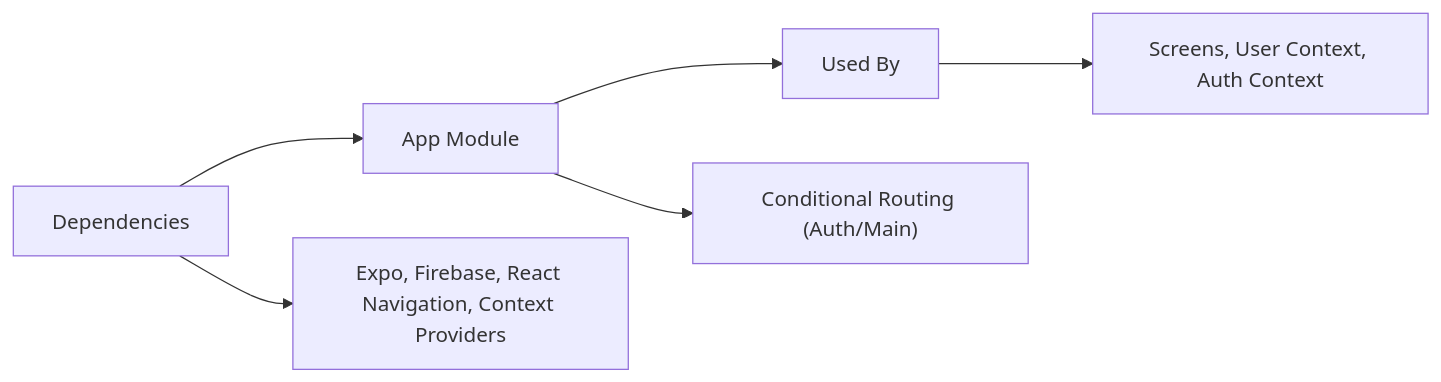
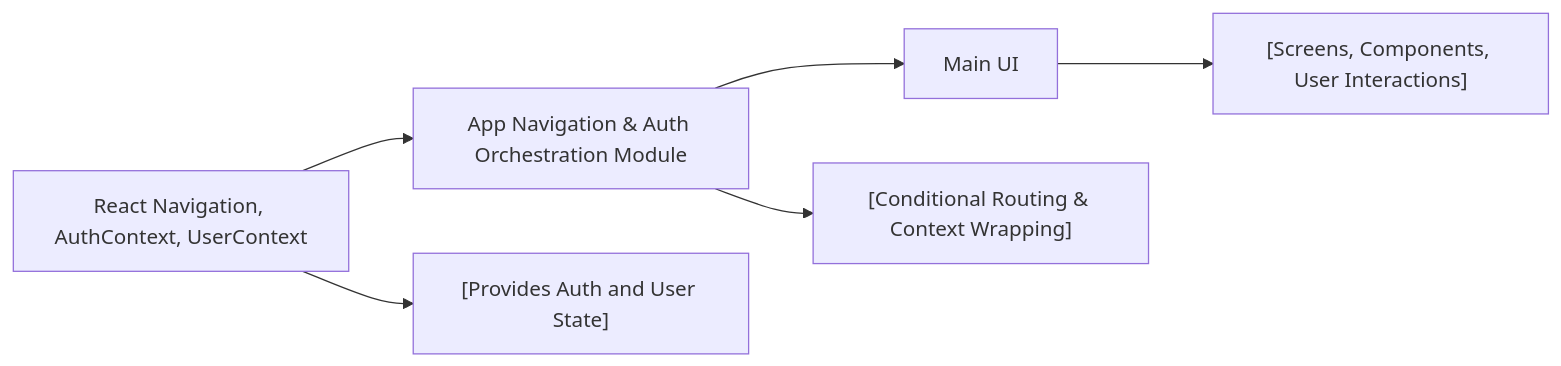
Before and after one commit to lucasboucher/Expo-Firebase-Boiler-Plate-2: the diagram in .shelfya/README.md, drawn with Mermaid. The commit also changed other lines of this file and 7 other files, not shown here.

````diff
--- a/.shelfya/README.md
+++ b/.shelfya/README.md
@@ -47,12 +61,7 @@
 ```mermaid
 flowchart LR
-  dependencies["Dependencies"]
-  thisModule["App Module"]
-  usedBy["Used By"]
-
-  dependencies --> thisModule
-  dependencies --> details["Expo, Firebase, React Navigation, Context Providers"]
-  thisModule --> process["Conditional Routing (Auth/Main)"]
-  thisModule --> usedBy
-  usedBy --> consumers["Screens, User Context, Auth Context"]
+  dependencies["React Navigation, AuthContext, UserContext"] --> thisModule["App Navigation & Auth Orchestration Module"] --> usedBy["Main UI"]
+  dependencies --> details["[Provides Auth and User State]"]
+  thisModule --> process["[Conditional Routing & Context Wrapping]"] 
+  usedBy --> consumers["[Screens, Components, User Interactions]"]
 ```
````
